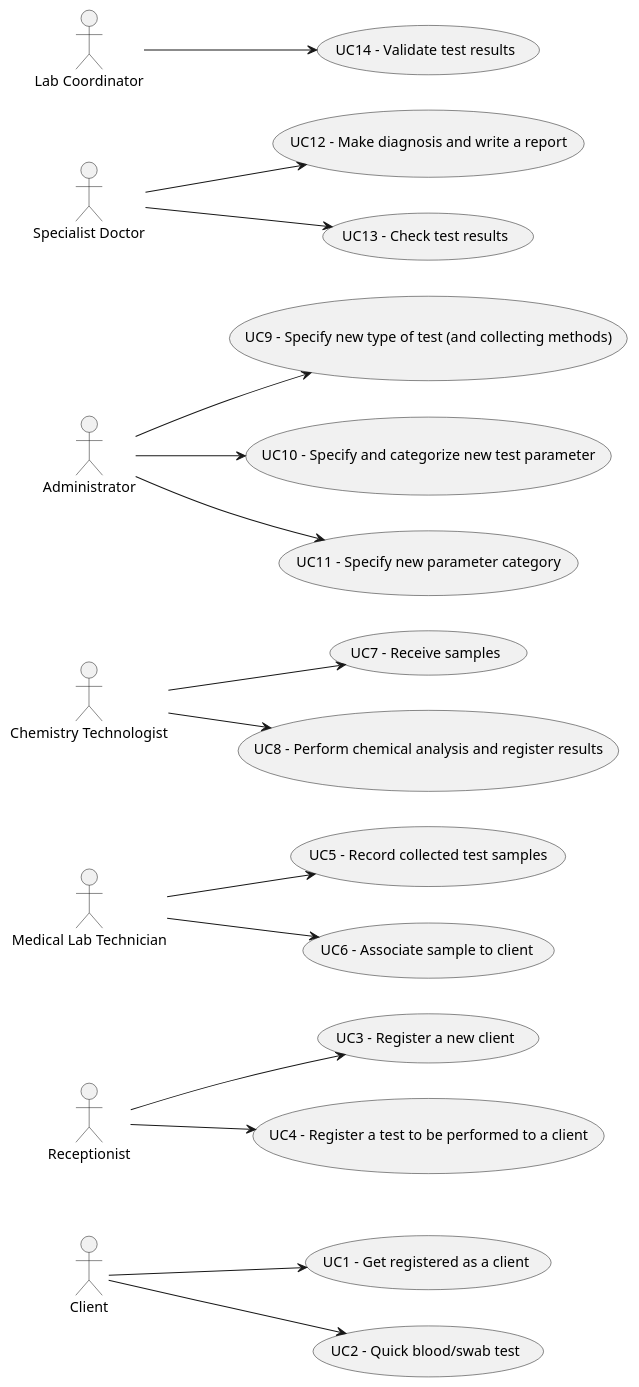
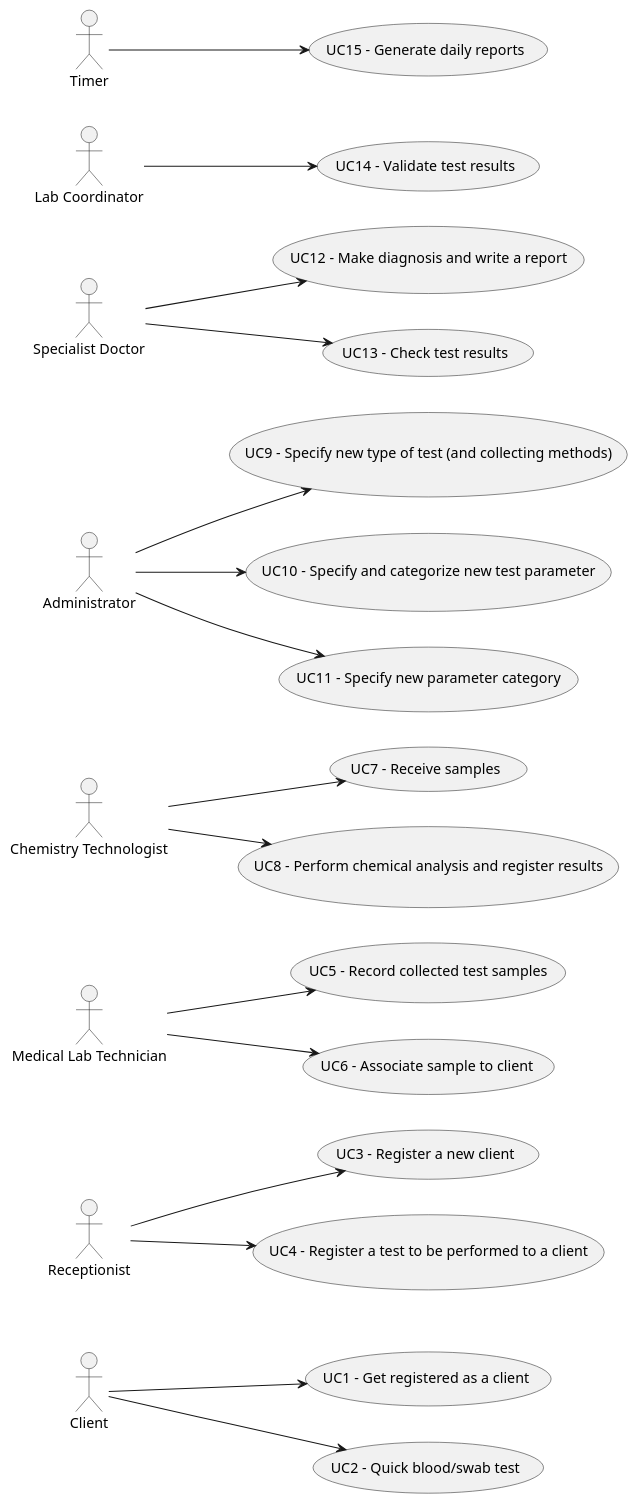
The diagram in docs/SprintA/UCD.puml (0franciscor/lei-21-s2-1de-g19), drawn with PlantUML before and after one commit. The commit also changed 1 other file, not shown here.

Commit message:
Acréscimo do Timer e consequente alteração do diagrama.

```diff
--- a/docs/SprintA/UCD.puml
+++ b/docs/SprintA/UCD.puml
@@ -1,53 +1,55 @@
 @startuml
 
 usecase UC1 as "UC1 - Get registered as a client"
 usecase UC2 as "UC2 - Quick blood/swab test"
 usecase UC3 as "UC3 - Register a new client"
 usecase UC4 as "UC4 - Register a test to be performed to a client"
 usecase UC5 as "UC5 - Record collected test samples"
 usecase UC6 as "UC6 - Associate sample to client"
 usecase UC7 as "UC7 - Receive samples"
 usecase UC8 as "UC8 - Perform chemical analysis and register results"
 usecase UC9 as "UC9 - Specify new type of test (and collecting methods)"
 usecase UC10 as "UC10 - Specify and categorize new test parameter"
 usecase UC11 as "UC11 - Specify new parameter category"
 usecase UC12 as "UC12 - Make diagnosis and write a report"
 usecase UC13 as "UC13 - Check test results"
 usecase UC14 as "UC14 - Validate test results"
+usecase UC15 as "UC15 - Generate daily reports"
 
 
 actor "Client" as C
 actor "Receptionist" as RCP
 actor "Medical Lab Technician" as MLT
 actor "Chemistry Technologist" as CT
 actor "Specialist Doctor" as SD
 actor "Lab Coordinator" as LC
 actor "Administrator" as ADM
+actor "Timer" as TM
 
 
 left to right direction
 
 C -->(UC1)
 C -->(UC2)
 
 RCP -->(UC3)
 RCP -->(UC4)
 
 MLT -->(UC5)
 MLT -->(UC6)
 
 CT -->(UC7)
 CT -->(UC8)
 
 ADM -->(UC9)
 ADM -->(UC10)
 ADM -->(UC11)
 
 SD -->(UC12)
 SD -->(UC13)
 
 LC--> (UC14)
 
-
+TM --> (UC15)
 
 @enduml
```
